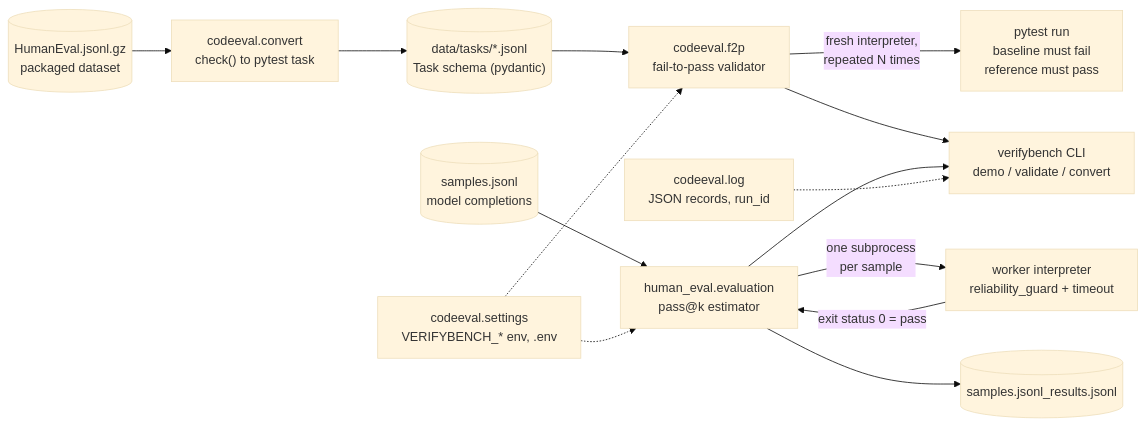
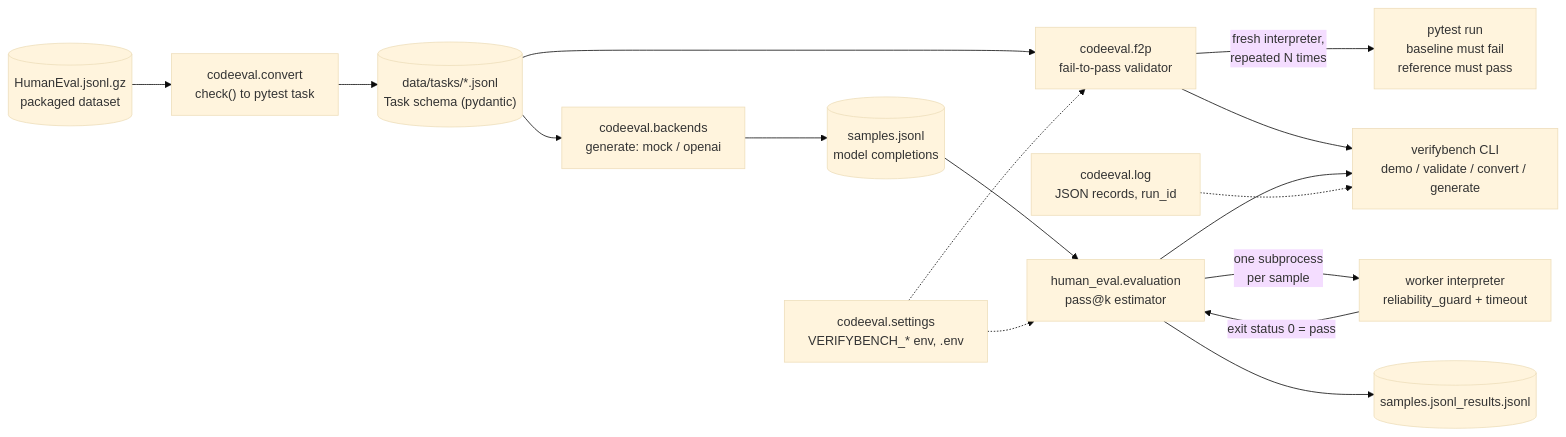
One commit to vipul21435/codeeval-harness changed the diagram in README.md. Above: the diagram before and after it, drawn with Mermaid (base theme). The commit also changed other lines of this file and 3 other files, not shown here.

First line of the commit message:
feat(demo): generate the demo samples through the mock backend

````diff
--- a/README.md
+++ b/README.md
@@ -82,16 +83,18 @@
 ```mermaid
 flowchart LR
     HE[("HumanEval.jsonl.gz<br/>packaged dataset")] --> CONV["codeeval.convert<br/>check() to pytest task"]
     CONV --> TASKS[("data/tasks/*.jsonl<br/>Task schema (pydantic)")]
     TASKS --> F2P["codeeval.f2p<br/>fail-to-pass validator"]
     F2P -->|"fresh interpreter,<br/>repeated N times"| GRADER["pytest run<br/>baseline must fail<br/>reference must pass"]
-    SAMPLES[("samples.jsonl<br/>model completions")] --> EVAL["human_eval.evaluation<br/>pass@k estimator"]
+    TASKS --> GEN["codeeval.backends<br/>generate: mock / openai"]
+    GEN --> SAMPLES[("samples.jsonl<br/>model completions")]
+    SAMPLES --> EVAL["human_eval.evaluation<br/>pass@k estimator"]
     EVAL -->|"one subprocess<br/>per sample"| WORKER["worker interpreter<br/>reliability_guard + timeout"]
     WORKER -->|"exit status 0 = pass"| EVAL
     EVAL --> RESULTS[("samples.jsonl_results.jsonl")]
-    F2P --> CLI["verifybench CLI<br/>demo / validate / convert"]
+    F2P --> CLI["verifybench CLI<br/>demo / validate / convert / generate"]
     EVAL --> CLI
     SETTINGS["codeeval.settings<br/>VERIFYBENCH_* env, .env"] -.-> F2P
     SETTINGS -.-> EVAL
     LOG["codeeval.log<br/>JSON records, run_id"] -.-> CLI
 ```
````
